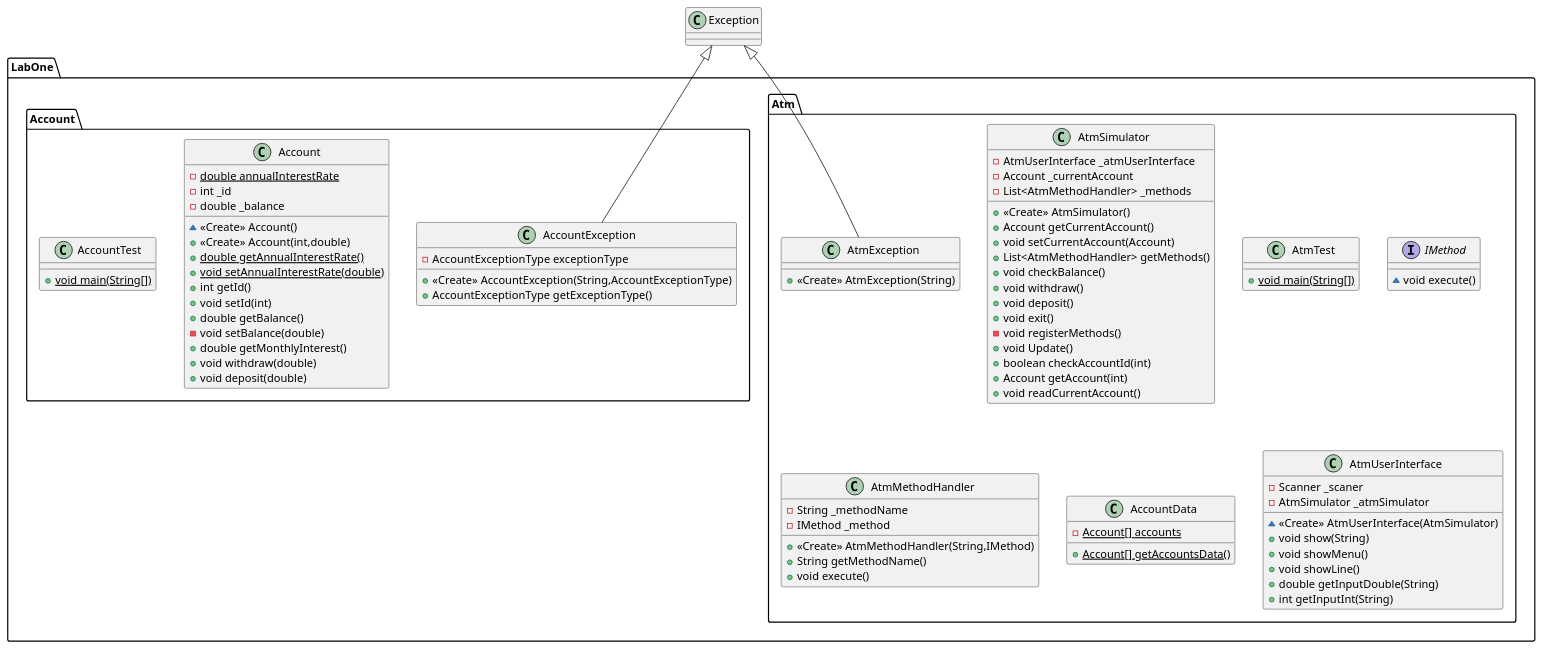
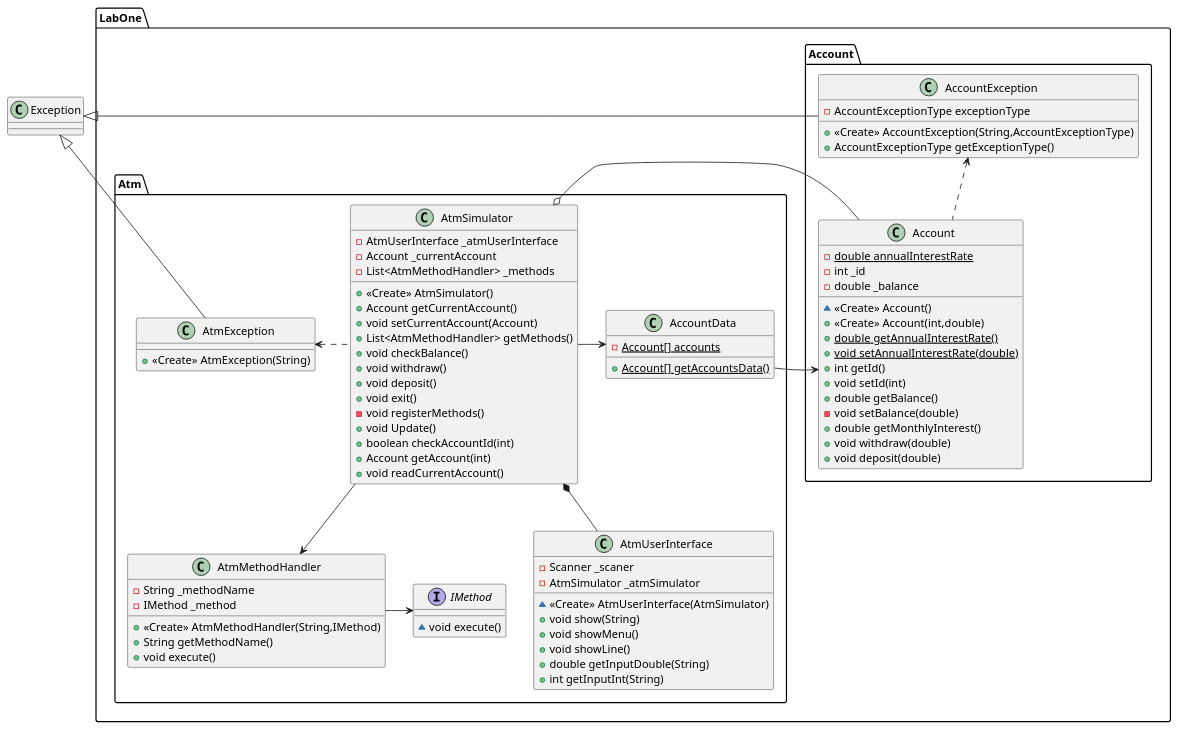
Before and after one commit to HkingAuditore/JavaLab: the diagram in src/LabOne/LabOneUml.puml, drawn with PlantUML. The commit also changed 3 other files, not shown here.

```diff
--- a/src/LabOne/LabOneUml.puml
+++ b/src/LabOne/LabOneUml.puml
@@ -1,79 +1,84 @@
 @startuml
 class LabOne.Atm.AtmSimulator {
 - AtmUserInterface _atmUserInterface
 - Account _currentAccount
 - List<AtmMethodHandler> _methods
 + <<Create>> AtmSimulator()
 + Account getCurrentAccount()
 + void setCurrentAccount(Account)
 + List<AtmMethodHandler> getMethods()
 + void checkBalance()
 + void withdraw()
 + void deposit()
 + void exit()
 - void registerMethods()
 + void Update()
 + boolean checkAccountId(int)
 + Account getAccount(int)
 + void readCurrentAccount()
 }
-class LabOne.Atm.AtmTest {
-+ {static} void main(String[])
-}
+
 interface LabOne.Atm.IMethod {
 ~ void execute()
 }
 class LabOne.Atm.AtmMethodHandler {
 - String _methodName
 - IMethod _method
 + <<Create>> AtmMethodHandler(String,IMethod)
 + String getMethodName()
 + void execute()
 }
 class LabOne.Atm.AtmException {
 + <<Create>> AtmException(String)
 }
 class LabOne.Atm.AccountData {
 - {static} Account[] accounts
 + {static} Account[] getAccountsData()
 }
 class LabOne.Account.AccountException {
 - AccountExceptionType exceptionType
 + <<Create>> AccountException(String,AccountExceptionType)
 + AccountExceptionType getExceptionType()
 }
 class LabOne.Atm.AtmUserInterface {
 - Scanner _scaner
 - AtmSimulator _atmSimulator
 ~ <<Create>> AtmUserInterface(AtmSimulator)
 + void show(String)
 + void showMenu()
 + void showLine()
 + double getInputDouble(String)
 + int getInputInt(String)
 }
 class LabOne.Account.Account {
 - {static} double annualInterestRate
 - int _id
 - double _balance
 ~ <<Create>> Account()
 + <<Create>> Account(int,double)
 + {static} double getAnnualInterestRate()
 + {static} void setAnnualInterestRate(double)
 + int getId()
 + void setId(int)
 + double getBalance()
 - void setBalance(double)
 + double getMonthlyInterest()
 + void withdraw(double)
 + void deposit(double)
 }
-class LabOne.Account.AccountTest {
-+ {static} void main(String[])
-}
 
 
-Exception <|-- LabOne.Atm.AtmException
-Exception <|-- LabOne.Account.AccountException
+
+Exception <|- LabOne.Atm.AtmException
+Exception <|- LabOne.Account.AccountException
+
+LabOne.Atm.AtmSimulator o- LabOne.Account.Account
+LabOne.Atm.AccountData -> LabOne.Account.Account
+LabOne.Atm.AtmSimulator .l.> LabOne.Atm.AtmException
+LabOne.Atm.AtmSimulator *-d- LabOne.Atm.AtmUserInterface
+LabOne.Atm.AtmSimulator -r-> LabOne.Atm.AccountData
+LabOne.Atm.AtmSimulator -d-> LabOne.Atm.AtmMethodHandler
+LabOne.Atm.AtmMethodHandler -> LabOne.Atm.IMethod
+LabOne.Account.Account .u.> LabOne.Account.AccountException
 
 @enduml
```
